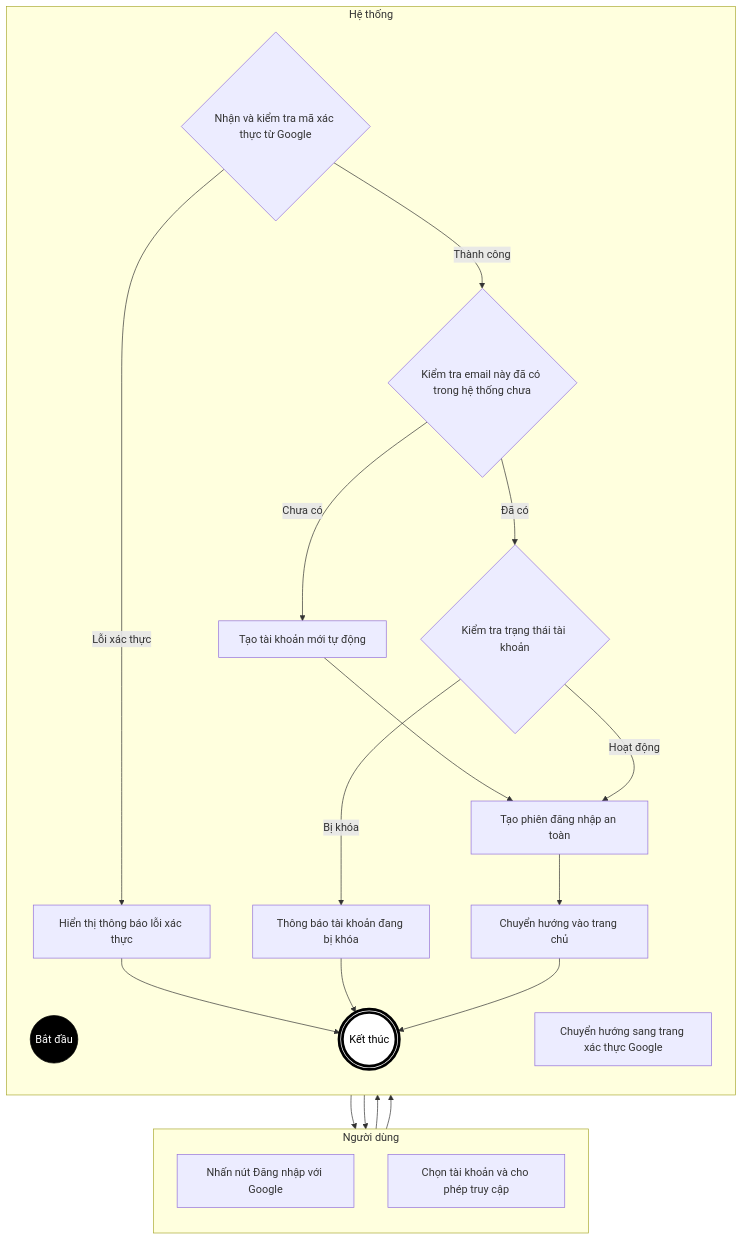
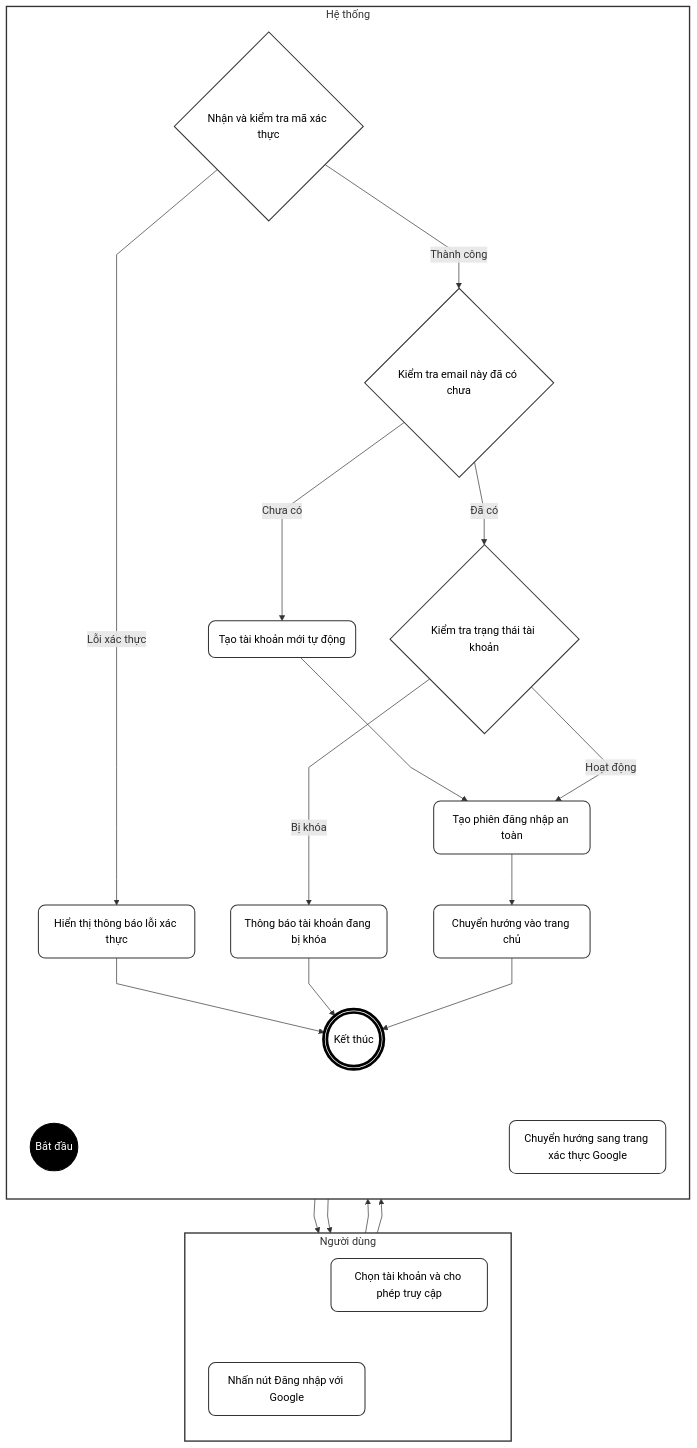
One commit to ChuDucAnh21/BE-quan-ly-su-kien changed the third of 9 diagrams in doc/system_analysis/activity diagram/08a_activity_auth_profile.md. Above: the diagram before and after it, drawn with Mermaid. The commit also changed other lines of this file and 26 other files, not shown here.

````diff
--- a/doc/system_analysis/activity diagram/08a_activity_auth_profile.md
+++ b/doc/system_analysis/activity diagram/08a_activity_auth_profile.md
@@ -104,45 +143,64 @@
 ```mermaid
+%%{init: {"flowchart": {"curve": "linear"}}}%%
 flowchart TD
+    classDef default fill:#fff,stroke:#333,stroke-width:1.5px,color:#000,rx:10px,ry:10px;
     classDef startNode fill:#000,stroke:#000,color:#fff;
     classDef endNode fill:#fff,stroke:#000,stroke-width:4px,color:#000;
+    classDef hidden fill:none,stroke:none,color:none;
 
     subgraph TacNhan [Người dùng]
         direction TB
-        A[Nhấn nút Đăng nhập với Google]
-        B[Chọn tài khoản và cho phép truy cập]
+        T_start(" "):::hidden
+        A(Nhấn nút Đăng nhập với Google)
+        B(Chọn tài khoản và cho phép truy cập)
+        T_end(" "):::hidden
     end
 
     subgraph HeThong [Hệ thống]
         direction TB
+        H_start(" "):::hidden
         Start((Bắt đầu)):::startNode
-        C[Chuyển hướng sang trang xác thực Google]
-        D{Nhận và kiểm tra mã xác thực từ Google}
-        E[Hiển thị thông báo lỗi xác thực]
-        F{Kiểm tra email này đã có trong hệ thống chưa}
-        G[Tạo tài khoản mới tự động]
+        C(Chuyển hướng sang trang xác thực Google)
+        D{Nhận và kiểm tra mã xác thực}
+        E(Hiển thị thông báo lỗi xác thực)
+        F{Kiểm tra email này đã có chưa}
+        G(Tạo tài khoản mới tự động)
         H{Kiểm tra trạng thái tài khoản}
-        I[Thông báo tài khoản đang bị khóa]
-        J[Tạo phiên đăng nhập an toàn]
-        K[Chuyển hướng vào trang chủ]
+        I(Thông báo tài khoản đang bị khóa)
+        J(Tạo phiên đăng nhập an toàn)
+        K(Chuyển hướng vào trang chủ)
         End(((Kết thúc))):::endNode
+        H_end(" "):::hidden
     end
+
+    T_start ~~~ H_start
+    T_end ~~~ H_end
+
+    T_start ~~~ A
+    B ~~~ T_end
+
+    H_start ~~~ Start
+    End ~~~ H_end
 
     Start --> A
     A --> C
     C --> B
     B --> D
     D -- Lỗi xác thực --> E
     E --> End
-    
+
     D -- Thành công --> F
     F -- Chưa có --> G
     G --> J
-    
+
     F -- Đã có --> H
     H -- Bị khóa --> I
     I --> End
-    
+
     H -- Hoạt động --> J
     J --> K
     K --> End
+
+    style TacNhan fill:#fff,stroke:#333,stroke-width:2px
+    style HeThong fill:#fff,stroke:#333,stroke-width:2px
 ```
````
